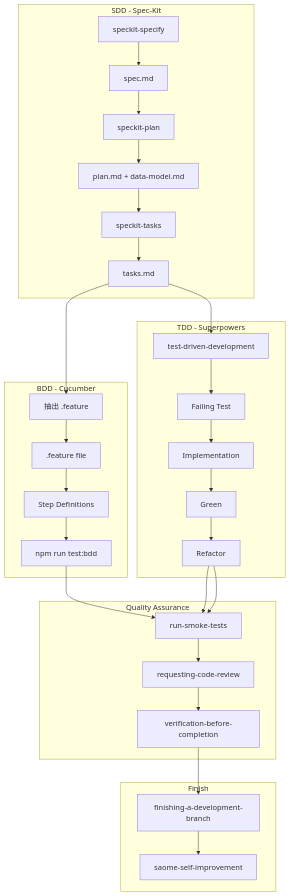
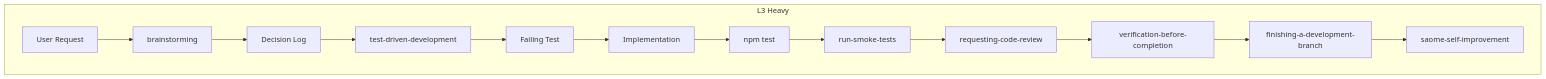
The diagram in .cursor/skills/saome-methodology-bridge/SKILL.md (SaomeRebuild/SAOME-REBUILD), drawn with Mermaid before and after one commit. The commit also changed other lines of this file and 2 other files, not shown here.

First line of the commit message:
docs(agents): update methodology section to L3-heavy perspective

````diff
--- a/.cursor/skills/saome-methodology-bridge/SKILL.md
+++ b/.cursor/skills/saome-methodology-bridge/SKILL.md
@@ -18,39 +27,16 @@
 ```mermaid
 flowchart TD
-    subgraph SDD[SDD - Spec-Kit]
-        A[speckit-specify] --> B[spec.md]
-        B --> C[speckit-plan]
-        C --> D[plan.md + data-model.md]
-        D --> E[speckit-tasks]
-        E --> F[tasks.md]
+    subgraph L3[L3 Heavy]
+        A[User Request] --> B[brainstorming]
+        B --> C[Decision Log]
+        C --> D[test-driven-development]
+        D --> E[Failing Test]
+        E --> F[Implementation]
+        F --> G[npm test]
+        G --> H[run-smoke-tests]
+        H --> I[requesting-code-review]
+        I --> J[verification-before-completion]
+        J --> K[finishing-a-development-branch]
+        K --> L[saome-self-improvement]
     end
-    
-    subgraph BDD[BDD - Cucumber]
-        F --> G[抽出 .feature]
-        G --> H[.feature file]
-        H --> I[Step Definitions]
-        I --> J[npm run test:bdd]
-    end
-    
-    subgraph TDD[TDD - Superpowers]
-        F --> K[test-driven-development]
-        K --> L[Failing Test]
-        L --> M[Implementation]
-        M --> N[Green]
-        N --> O[Refactor]
-    end
-    
-    subgraph QA[Quality Assurance]
-        O --> P[run-smoke-tests]
-        P --> Q[requesting-code-review]
-        Q --> R[verification-before-completion]
-    end
-    
-    subgraph FINISH[Finish]
-        R --> S[finishing-a-development-branch]
-        S --> T[saome-self-improvement]
-    end
-    
-    J --> P
-    O --> P
 ```
````
